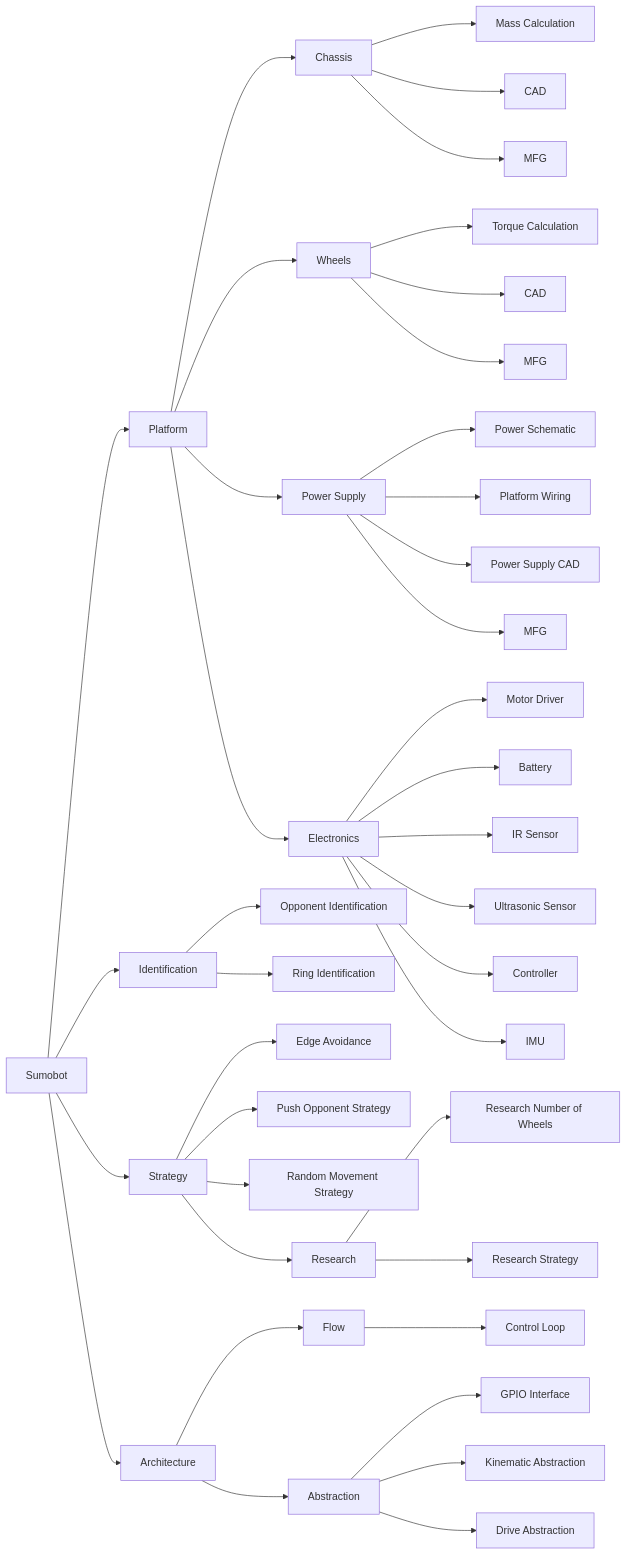
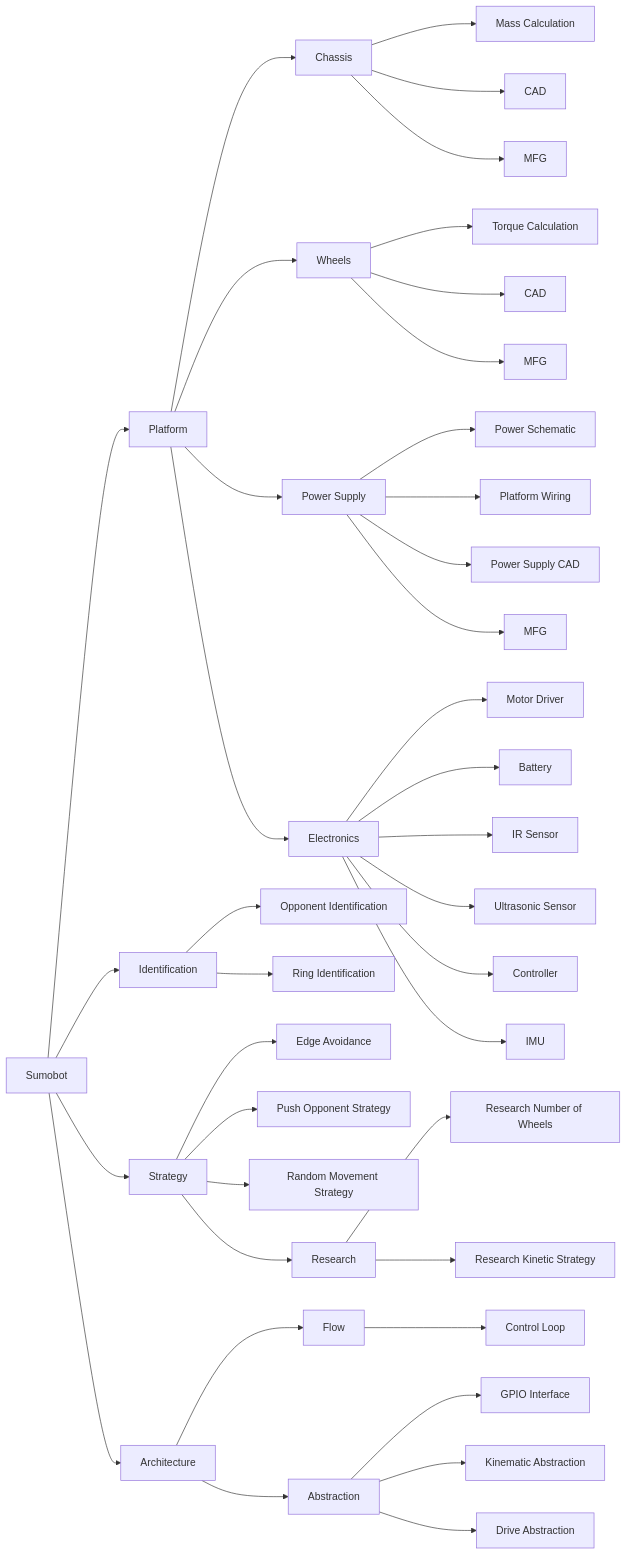
The diagram in README.md (dennuguyen/sumoltaneous-equations), drawn with Mermaid before and after one commit.

````diff
--- a/README.md
+++ b/README.md
@@ -17,51 +17,51 @@
 ```mermaid
 graph LR
     Sumobot
     Sumobot --> Platform
     Sumobot --> Identification
     Sumobot --> Strategy
     Sumobot --> Architecture
 
     Identification --> opp[Opponent Identification]
     Identification --> ring[Ring Identification]
 
     Architecture --> Flow
     Flow --> control_loop[Control Loop]
 
     Architecture --> Abstraction
     Abstraction --> gpio_interface[GPIO Interface]
     Abstraction --> kinematic_abstraction[Kinematic Abstraction]
     Abstraction --> drive_abstraction[Drive Abstraction]
 
     Strategy --> avoidance[Edge Avoidance]
     Strategy --> push[Push Opponent Strategy]
     Strategy --> random[Random Movement Strategy]
 
     Strategy --> strategy_research[Research]
     strategy_research --> research_number_wheels[Research Number of Wheels]
-    strategy_research --> research_kinetic[Research Strategy]
+    strategy_research --> research_kinetic[Research Kinetic Strategy]
 
     Platform --> Chassis
     Chassis --> chassis_mass[Mass Calculation]
     Chassis --> chassis_cad[CAD]
     Chassis --> chassis_mfg[MFG]
 
     Platform --> Wheels
     Wheels --> wheel_torque[Torque Calculation]
     Wheels --> wheels_cad[CAD]
     Wheels --> wheels_mfg[MFG]
 
     Platform --> power[Power Supply]
     power --> power_schematic[Power Schematic]
     power --> Wiring[Platform Wiring]
     power --> power_cad[Power Supply CAD]
     power --> mfg_power[MFG]
 
     Platform --> Electronics
     Electronics --> motor_driver[Motor Driver]
     Electronics --> battery[Battery]
     Electronics --> ir_sensor[IR Sensor]
     Electronics --> ultrasonic_sensor[Ultrasonic Sensor]
     Electronics --> arduino[Controller]
     Electronics --> imu[IMU]
 ```
````
